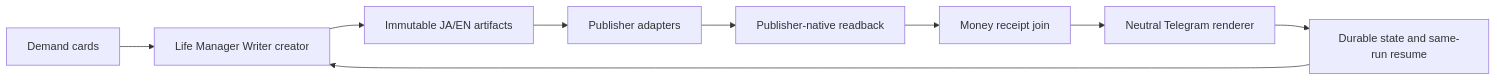
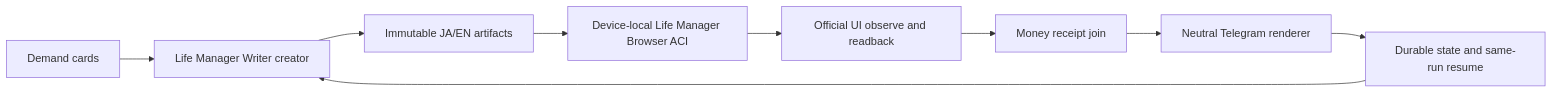
One commit to Daisuke134/anicca changed the second of 2 diagrams in docs/superpowers/specs/2026-08-20-writer-loop-life-manager-consolidation.md. Above: the diagram before and after it, drawn with Mermaid. The commit also changed other lines of this file and 1 other file, not shown here.

Commit message:
docs(writer): require model-driven browser ACI

````diff
--- a/docs/superpowers/specs/2026-08-20-writer-loop-life-manager-consolidation.md
+++ b/docs/superpowers/specs/2026-08-20-writer-loop-life-manager-consolidation.md
@@ -1156,11 +1156,11 @@
 ```mermaid
 flowchart LR
   D[Demand cards] --> C[Life Manager Writer creator]
   C --> A[Immutable JA/EN artifacts]
-  A --> P[Publisher adapters]
-  P --> R[Publisher-native readback]
+  A --> P[Device-local Life Manager Browser ACI]
+  P --> R[Official UI observe and readback]
   R --> M[Money receipt join]
   M --> T[Neutral Telegram renderer]
   T --> S[Durable state and same-run resume]
   S --> C
 ```
````
